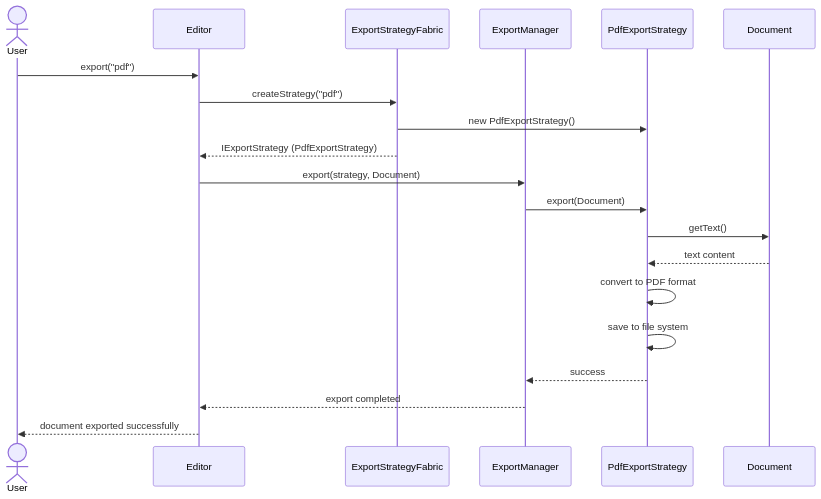
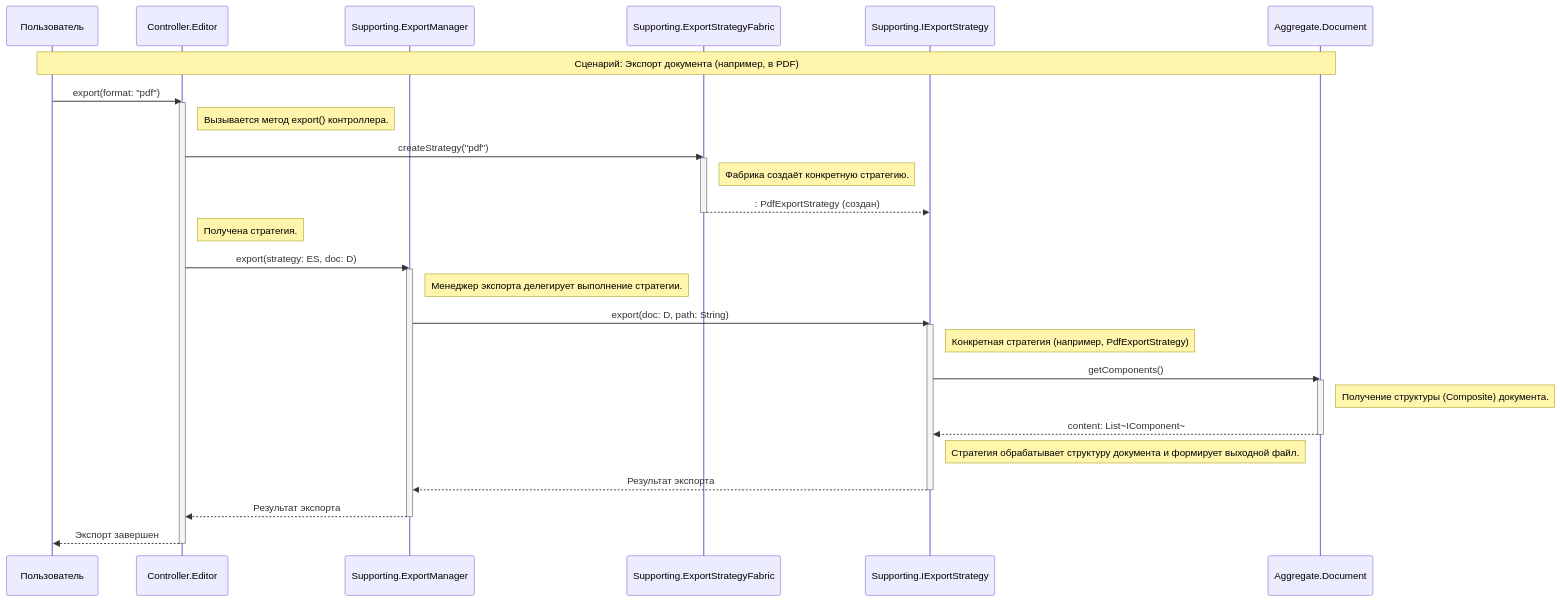
The diagram in Документация/Преценденты/Сохранение документа в разных форматах/Диаграмма последовательности Сохранение документа.md (penamarth/bsbo-16-23_team5_var11_textedit), drawn with Mermaid before and after one commit. The commit also changed 1 other file, not shown here.

Commit message:
add Export

````diff
--- a/Документация/Преценденты/Сохранение документа в разных форматах/Диаграмма последовательности Сохранение документа.md
+++ b/Документация/Преценденты/Сохранение документа в разных форматах/Диаграмма последовательности Сохранение документа.md
@@ -1,29 +1,49 @@
 ```mermaid
 sequenceDiagram
-    actor User
-    participant Editor
-    participant ExportStrategyFabric
-    participant ExportManager
-    participant PdfExportStrategy
-    participant Document
+    participant U as Пользователь
+    participant E as Controller.Editor
+    participant EM as Supporting.ExportManager
+    participant EF as Supporting.ExportStrategyFabric
+    participant ES as Supporting.IExportStrategy
+    participant D as Aggregate.Document
 
-    User->>Editor: export("pdf")
+    Note over U,D: Сценарий: Экспорт документа (например, в PDF)
+
+    U->>E: export(format: "pdf")
+    activate E
+    Note right of E: Вызывается метод export() контроллера.
+
+    E->>EF: createStrategy("pdf")
+    activate EF
+    Note right of EF: Фабрика создаёт конкретную стратегию.
+
+    EF-->>ES: : PdfExportStrategy (создан)
+    deactivate EF
+    Note right of E: Получена стратегия.
+
+    E->>EM: export(strategy: ES, doc: D)
+    activate EM
+    Note right of EM: Менеджер экспорта делегирует выполнение стратегии.
+
+    EM->>ES: export(doc: D, path: String)
+    activate ES
+    Note right of ES: Конкретная стратегия (например, PdfExportStrategy)
     
-    Editor->>ExportStrategyFabric: createStrategy("pdf")
-    ExportStrategyFabric->>PdfExportStrategy: new PdfExportStrategy()
-    ExportStrategyFabric-->>Editor: IExportStrategy (PdfExportStrategy)
+    ES->>D: getComponents()
+    activate D
+    Note right of D: Получение структуры (Composite) документа.
+
+    D-->>ES: content: List~IComponent~
+    deactivate D
     
+    Note right of ES: Стратегия обрабатывает структуру документа и формирует выходной файл.
     
-    Editor->>ExportManager: export(strategy, Document)
-    ExportManager->>PdfExportStrategy: export(Document)
-    
-    PdfExportStrategy->>Document: getText()
-    Document-->>PdfExportStrategy: text content
-    
-    PdfExportStrategy->>PdfExportStrategy: convert to PDF format
-    PdfExportStrategy->>PdfExportStrategy: save to file system
-    
-    PdfExportStrategy-->>ExportManager: success
-    ExportManager-->>Editor: export completed
-    Editor-->>User: document exported successfully
+    ES-->>EM: Результат экспорта
+    deactivate ES
+
+    EM-->>E: Результат экспорта
+    deactivate EM
+
+    E-->>U: Экспорт завершен
+    deactivate E
 ```
````
